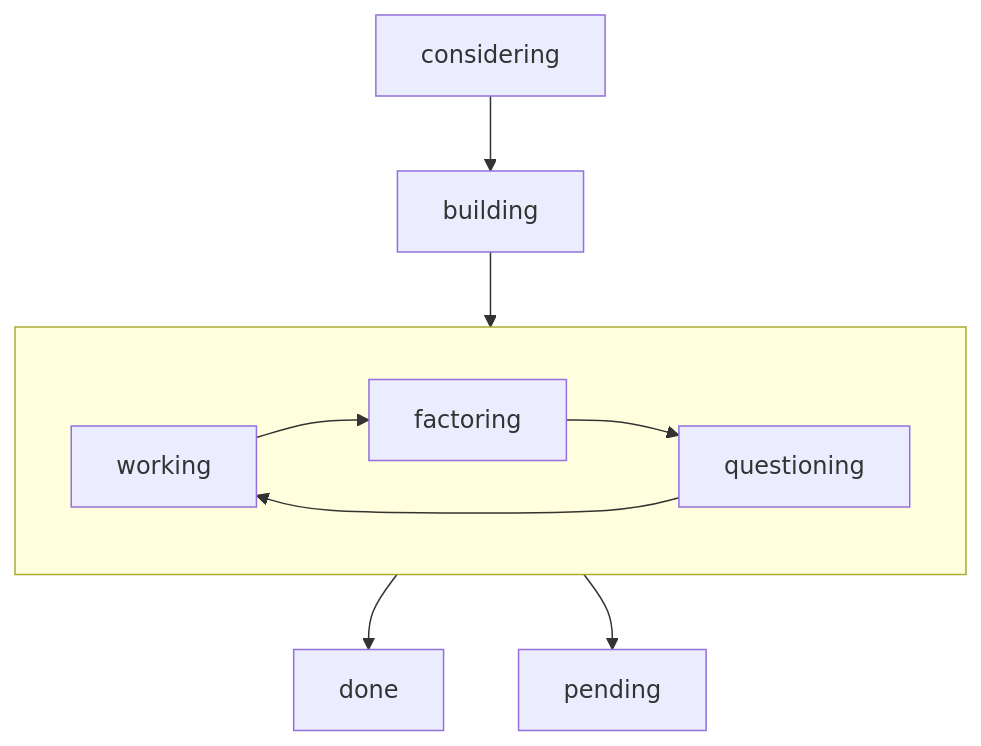
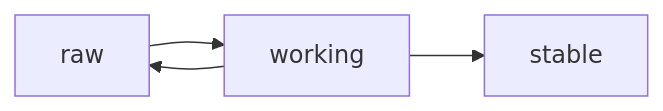
Before and after one commit to shah-in-boots/notes: the diagram in README.md, drawn with Mermaid. The commit also changed other lines of this file and 133 other files, not shown here.

````diff
--- a/README.md
+++ b/README.md
@@ -55,12 +49,6 @@
 ```mermaid
-flowchart TD
-	considering --> building
-	building --> active
-	subgraph active[ ]
-		working --> factoring
-		factoring --> questioning
-		questioning --> working
-	end
-	active --> done
-	active --> pending
+flowchart LR
+	raw --> working
+	working --> stable
+	working --> raw
 ```
````
